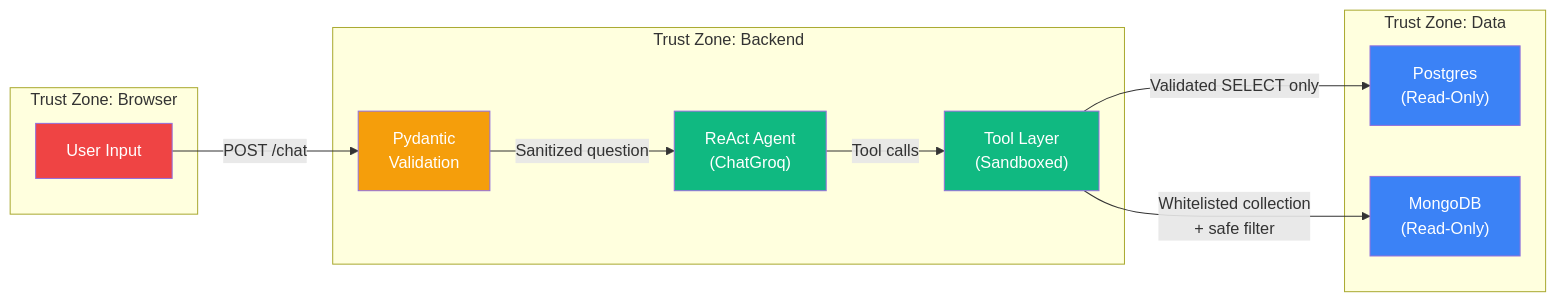
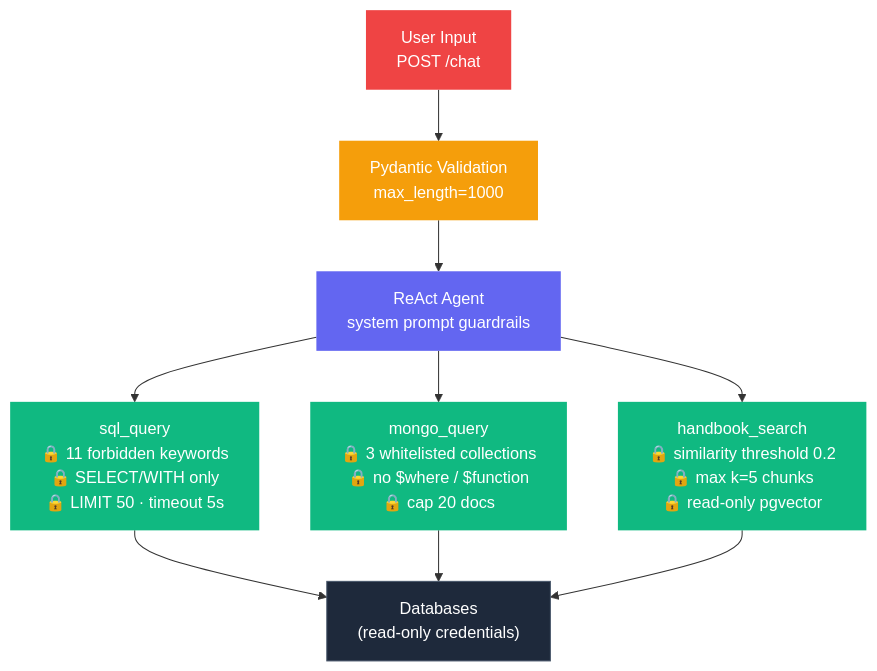
One commit to Manoj10041996/MultiDBAgent_class5_hw2_ManojKumarY changed the fourth of 4 diagrams in docs/ARCHITECTURE.md. Above: the diagram before and after it, drawn with Mermaid. The commit also changed other lines of this file, not shown here.

Commit message:
docs: rewrite architecture diagrams to standard Mermaid - renders on GitHub

````diff
--- a/docs/ARCHITECTURE.md
+++ b/docs/ARCHITECTURE.md
@@ -163,31 +107,21 @@
 ```mermaid
-graph LR
-    subgraph "Trust Zone: Browser"
-        USER["User Input"]
-    end
+graph TD
+    IN["User Input<br/>POST /chat"]
 
-    subgraph "Trust Zone: Backend"
-        VALIDATE["Pydantic<br/>Validation"]
-        AGENT["ReAct Agent<br/>(ChatGroq)"]
-        TOOLS["Tool Layer<br/>(Sandboxed)"]
-    end
+    IN --> P["Pydantic Validation<br/>max_length=1000"]
+    P --> AG["ReAct Agent<br/>system prompt guardrails"]
+    AG --> S["sql_query<br/>🔒 11 forbidden keywords<br/>🔒 SELECT/WITH only<br/>🔒 LIMIT 50 · timeout 5s"]
+    AG --> M["mongo_query<br/>🔒 3 whitelisted collections<br/>🔒 no $where / $function<br/>🔒 cap 20 docs"]
+    AG --> R["handbook_search<br/>🔒 similarity threshold 0.2<br/>🔒 max k=5 chunks<br/>🔒 read-only pgvector"]
+    S --> DB["Databases<br/>(read-only credentials)"]
+    M --> DB
+    R --> DB
 
-    subgraph "Trust Zone: Data"
-        PG["Postgres<br/>(Read-Only)"]
-        MG["MongoDB<br/>(Read-Only)"]
-    end
-
-    USER -->|"POST /chat"| VALIDATE
-    VALIDATE -->|"Sanitized question"| AGENT
-    AGENT -->|"Tool calls"| TOOLS
-
-    TOOLS -->|"Validated SELECT only"| PG
-    TOOLS -->|"Whitelisted collection<br/>+ safe filter"| MG
-
-    style USER fill:#ef4444,color:#fff
-    style VALIDATE fill:#f59e0b,color:#fff
-    style AGENT fill:#10b981,color:#fff
-    style TOOLS fill:#10b981,color:#fff
-    style PG fill:#3b82f6,color:#fff
-    style MG fill:#3b82f6,color:#fff
+    style IN fill:#ef4444,color:#fff,stroke:none
+    style P fill:#f59e0b,color:#fff,stroke:none
+    style AG fill:#6366f1,color:#fff,stroke:none
+    style S fill:#10b981,color:#fff,stroke:none
+    style M fill:#10b981,color:#fff,stroke:none
+    style R fill:#10b981,color:#fff,stroke:none
+    style DB fill:#1e293b,color:#fff,stroke:#475569
 ```
````
